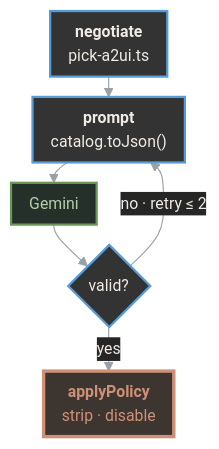
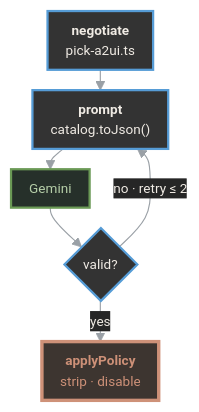
The third of 3 diagrams in slides.md (giorgiogalassi/talk-a2ui), drawn with Mermaid before and after one commit. The commit also changed other lines of this file and 1 other file, not shown here.

First line of the commit message:
deck: keep pipeline variant B with smaller text, drop variant A

````diff
--- a/slides.md
+++ b/slides.md
@@ -579,13 +534,13 @@
 ```mermaid {scale: 0.72}
-%%{init: {"theme": "base", "themeVariables": {"fontFamily": "JetBrains Mono, monospace", "fontSize": "14px", "lineColor": "#9aa0a6", "edgeLabelBackground": "#262626", "primaryTextColor": "#f0ebe4"}, "flowchart": {"curve": "basis", "nodeSpacing": 22, "rankSpacing": 18, "padding": 8}}}%%
+%%{init: {"theme": "base", "themeVariables": {"fontFamily": "JetBrains Mono, monospace", "fontSize": "12px", "lineColor": "#9aa0a6", "edgeLabelBackground": "#262626", "primaryTextColor": "#f0ebe4"}, "flowchart": {"curve": "basis", "nodeSpacing": 22, "rankSpacing": 18, "padding": 8}}}%%
 flowchart TB
   A1["<b>negotiate</b><br/>pick-a2ui.ts"] --> A2["<b>prompt</b><br/>catalog.toJson()"] --> A3["Gemini"] --> A4{"valid?"}
   A4 -- "no · retry ≤ 2" --> A2
   A4 -- yes --> A5["<b>applyPolicy</b><br/>strip · disable"]
   classDef step fill:#333333,stroke:#569cd6,stroke-width:2px,color:#f0ebe4
   classDef hot fill:#3d3530,stroke:#ce9178,stroke-width:3px,color:#ce9178
   classDef tool fill:#26302a,stroke:#6a9955,stroke-width:2px,color:#b5cea8
   class A1,A2,A4 step
   class A3 tool
   class A5 hot
 ```
````
